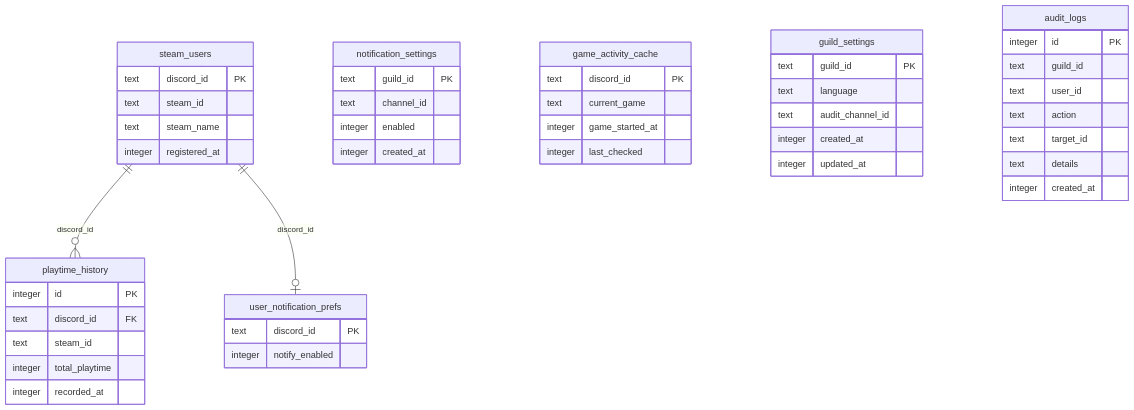
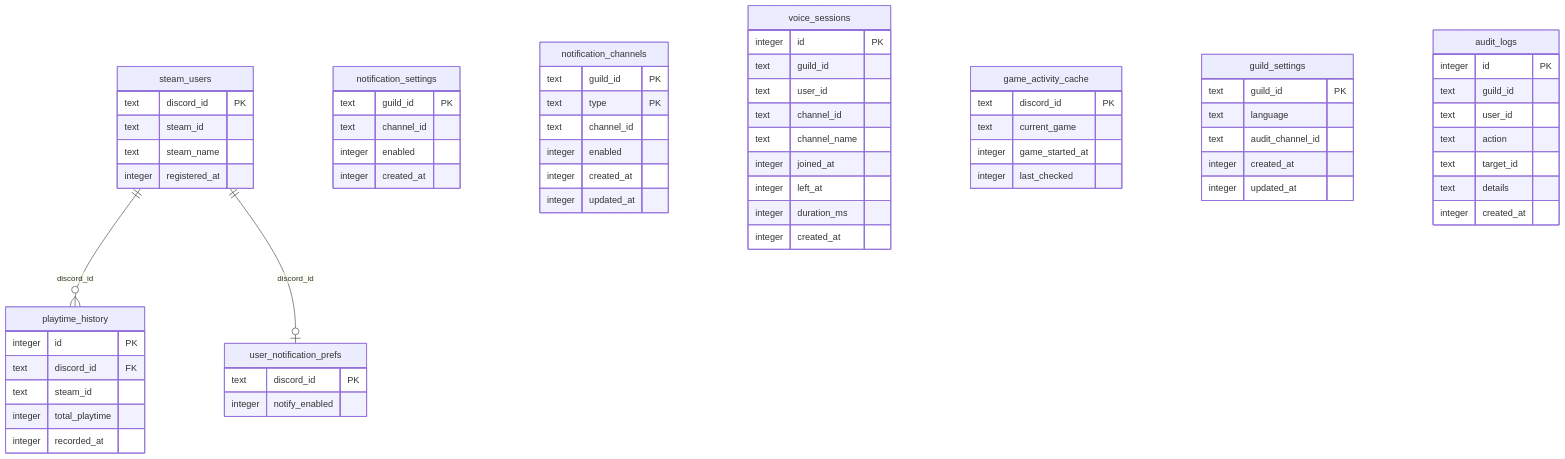
One commit to iam74k4/DiscordBot changed the diagram in docs/database.md. Above: the diagram before and after it, drawn with Mermaid. The commit also changed other lines of this file and 4 other files, not shown here.

First line of the commit message:
docs: sync architecture and ops docs

````diff
--- a/docs/database.md
+++ b/docs/database.md
@@ -186,57 +232,78 @@
 ```mermaid
 erDiagram
     steam_users ||--o{ playtime_history : "discord_id"
     steam_users ||--o| user_notification_prefs : "discord_id"
 
     steam_users {
         text discord_id PK
         text steam_id
         text steam_name
         integer registered_at
     }
 
     playtime_history {
         integer id PK
         text discord_id FK
         text steam_id
         integer total_playtime
         integer recorded_at
     }
 
     notification_settings {
         text guild_id PK
         text channel_id
         integer enabled
+        integer created_at
+    }
+
+    notification_channels {
+        text guild_id PK
+        text type PK
+        text channel_id
+        integer enabled
+        integer created_at
+        integer updated_at
+    }
+
+    voice_sessions {
+        integer id PK
+        text guild_id
+        text user_id
+        text channel_id
+        text channel_name
+        integer joined_at
+        integer left_at
+        integer duration_ms
         integer created_at
     }
 
     user_notification_prefs {
         text discord_id PK
         integer notify_enabled
     }
 
     game_activity_cache {
         text discord_id PK
         text current_game
         integer game_started_at
         integer last_checked
     }
 
     guild_settings {
         text guild_id PK
         text language
         text audit_channel_id
         integer created_at
         integer updated_at
     }
 
     audit_logs {
         integer id PK
         text guild_id
         text user_id
         text action
         text target_id
         text details
         integer created_at
     }
 ```
````
